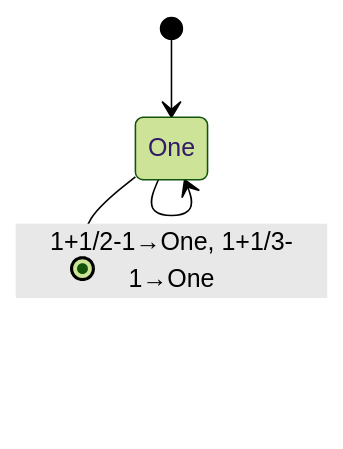
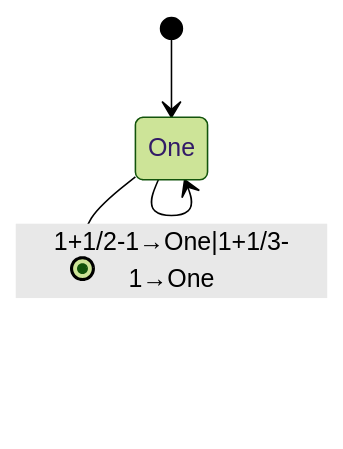
One commit to raganwald/raganwald.github.com changed the diagram in _posts/2020-05-03-fractran.md. Above: the diagram before and after it, drawn with Mermaid (forest theme). The commit also changed other lines of this file, not shown here.

```diff
--- a/_posts/2020-05-03-fractran.md
+++ b/_posts/2020-05-03-fractran.md
@@ -318,6 +318,6 @@
 <div class="mermaid">
   stateDiagram
     [*] --> One
-    One --> One: 1+1/2-1→One, 1+1/3-1→One
+    One --> One: 1+1/2-1→One|1+1/3-1→One
     One --> [*]
 </div>
```
